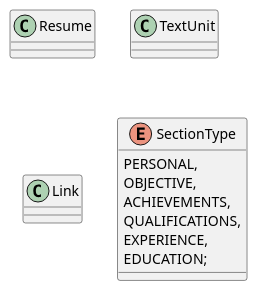
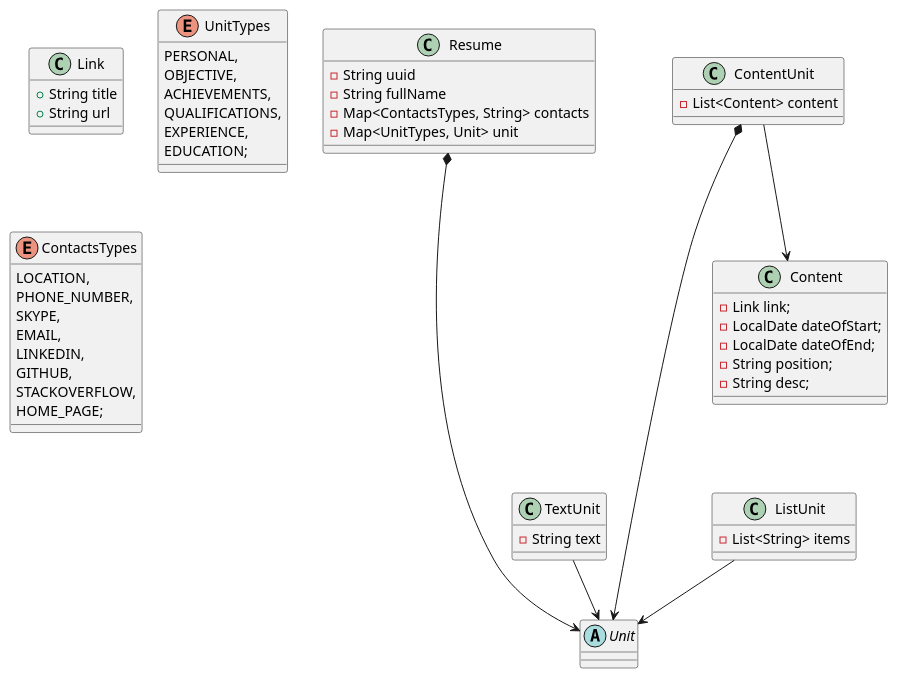
The diagram in src/com/basejava/webapp/model/DomainObject.puml (areal1ty/basejava), drawn with PlantUML before and after one commit. The commit also changed 10 other files, not shown here.

```diff
--- a/src/com/basejava/webapp/model/DomainObject.puml
+++ b/src/com/basejava/webapp/model/DomainObject.puml
@@ -1,18 +1,60 @@
 @startuml
 'https://plantuml.com/class-diagram
 
-class Resume
-class TextUnit
-class Link
+abstract class Unit
+class Resume {
+-String uuid
+-String fullName
+-Map<ContactsTypes, String> contacts
+-Map<UnitTypes, Unit> unit
+}
+class Content {
+    - Link link;
+    - LocalDate dateOfStart;
+    - LocalDate dateOfEnd;
+    - String position;
+    - String desc;
+}
+
+class TextUnit {
+-String text
+}
+class ContentUnit {
+-List<Content> content
+}
+class ListUnit {
+-List<String> items
+}
+class Link {
++String title
++String url
+}
+
+TextUnit --> Unit
+ContentUnit *----> Unit
+ListUnit --> Unit
+Resume *----> Unit
+ContentUnit --> Content
 
 
-enum SectionType {
+enum UnitTypes {
     PERSONAL,
     OBJECTIVE,
     ACHIEVEMENTS,
     QUALIFICATIONS,
     EXPERIENCE,
     EDUCATION;
 }
 
+enum ContactsTypes {
+    LOCATION,
+    PHONE_NUMBER,
+    SKYPE,
+    EMAIL,
+    LINKEDIN,
+    GITHUB,
+    STACKOVERFLOW,
+    HOME_PAGE;
+}
+
 @enduml
```
